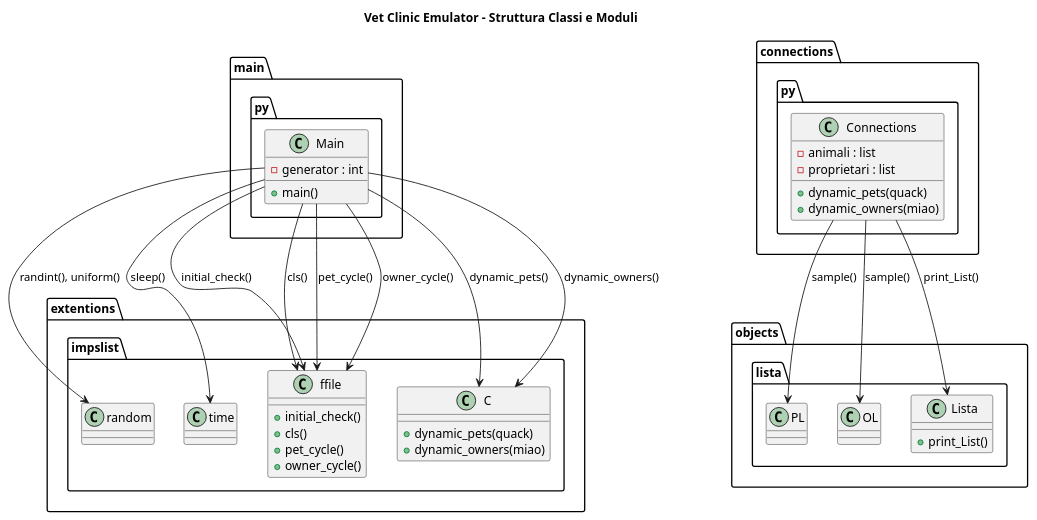
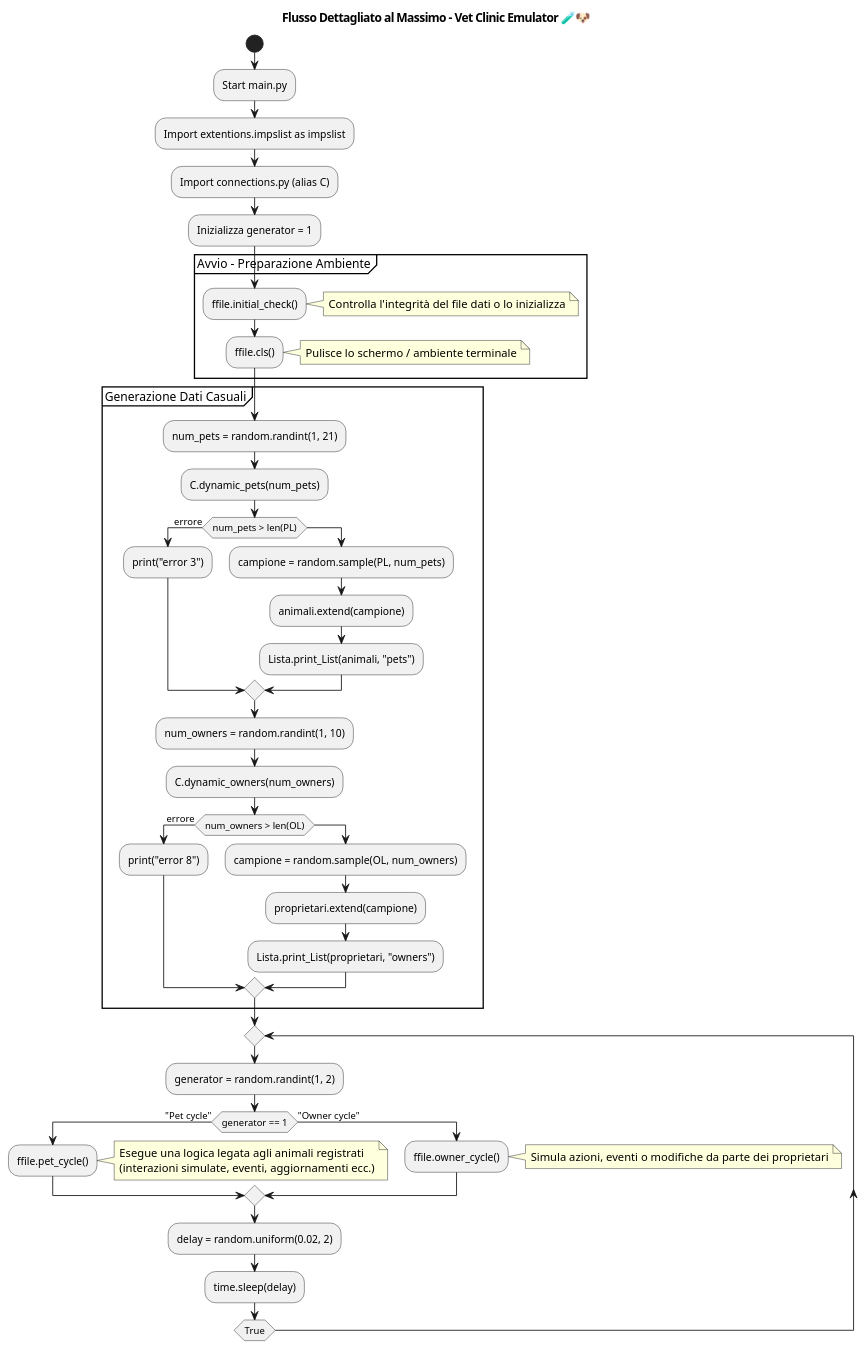
Before and after one commit to MomoMyosotis/Vet_Clinic: the diagram in scheme.puml, drawn with PlantUML. The commit also changed 3 other files, not shown here.

```diff
--- a/scheme.puml
+++ b/scheme.puml
@@ -1,55 +1,70 @@
 @startuml
-title Vet Clinic Emulator - Struttura Classi e Moduli
+title Flusso Dettagliato al Massimo - Vet Clinic Emulator 🧪🐶
 
-package "extentions.impslist" {
-  class random
-  class time
-  class ffile {
-    +initial_check()
-    +cls()
-    +pet_cycle()
-    +owner_cycle()
-  }
-  class C {
-    +dynamic_pets(quack)
-    +dynamic_owners(miao)
-  }
+start
+
+:Start main.py;
+
+:Import extentions.impslist as impslist;
+:Import connections.py (alias C);
+
+:Inizializza generator = 1;
+
+partition "Avvio - Preparazione Ambiente" {
+  :ffile.initial_check();
+  note right
+    Controlla l'integrità del file dati o lo inizializza
+  end note
+
+  :ffile.cls();
+  note right
+    Pulisce lo schermo / ambiente terminale
+  end note
 }
 
-package "objects.lista" {
-  class PL
-  class OL
-  class Lista {
-    +print_List()
-  }
+partition "Generazione Dati Casuali" {
+  :num_pets = random.randint(1, 21);
+  :C.dynamic_pets(num_pets);
+
+  if (num_pets > len(PL)) then (errore)
+    :print("error 3");
+  else
+    :campione = random.sample(PL, num_pets);
+    :animali.extend(campione);
+    :Lista.print_List(animali, "pets");
+  endif
+
+  :num_owners = random.randint(1, 10);
+  :C.dynamic_owners(num_owners);
+
+  if (num_owners > len(OL)) then (errore)
+    :print("error 8");
+  else
+    :campione = random.sample(OL, num_owners);
+    :proprietari.extend(campione);
+    :Lista.print_List(proprietari, "owners");
+  endif
 }
 
-package "connections.py" {
-  class Connections {
-    - animali : list
-    - proprietari : list
-    + dynamic_pets(quack)
-    + dynamic_owners(miao)
-  }
+repeat
+  :generator = random.randint(1, 2);
 
-  Connections --> PL : sample()
-  Connections --> OL : sample()
-  Connections --> Lista : print_List()
-}
+  if (generator == 1) then ("Pet cycle")
+    :ffile.pet_cycle();
+    note right
+      Esegue una logica legata agli animali registrati
+      (interazioni simulate, eventi, aggiornamenti ecc.)
+    end note
+  else ("Owner cycle")
+    :ffile.owner_cycle();
+    note right
+      Simula azioni, eventi o modifiche da parte dei proprietari
+    end note
+  endif
 
-package "main.py" {
-  class Main {
-    +main()
-    - generator : int
-  }
+  :delay = random.uniform(0.02, 2);
+  :time.sleep(delay);
 
-  Main --> ffile : initial_check()
-  Main --> ffile : cls()
-  Main --> C : dynamic_pets()
-  Main --> C : dynamic_owners()
-  Main --> ffile : pet_cycle()
-  Main --> ffile : owner_cycle()
-  Main --> random : randint(), uniform()
-  Main --> time : sleep()
-}
+repeat while (True)
+
 @enduml
```
